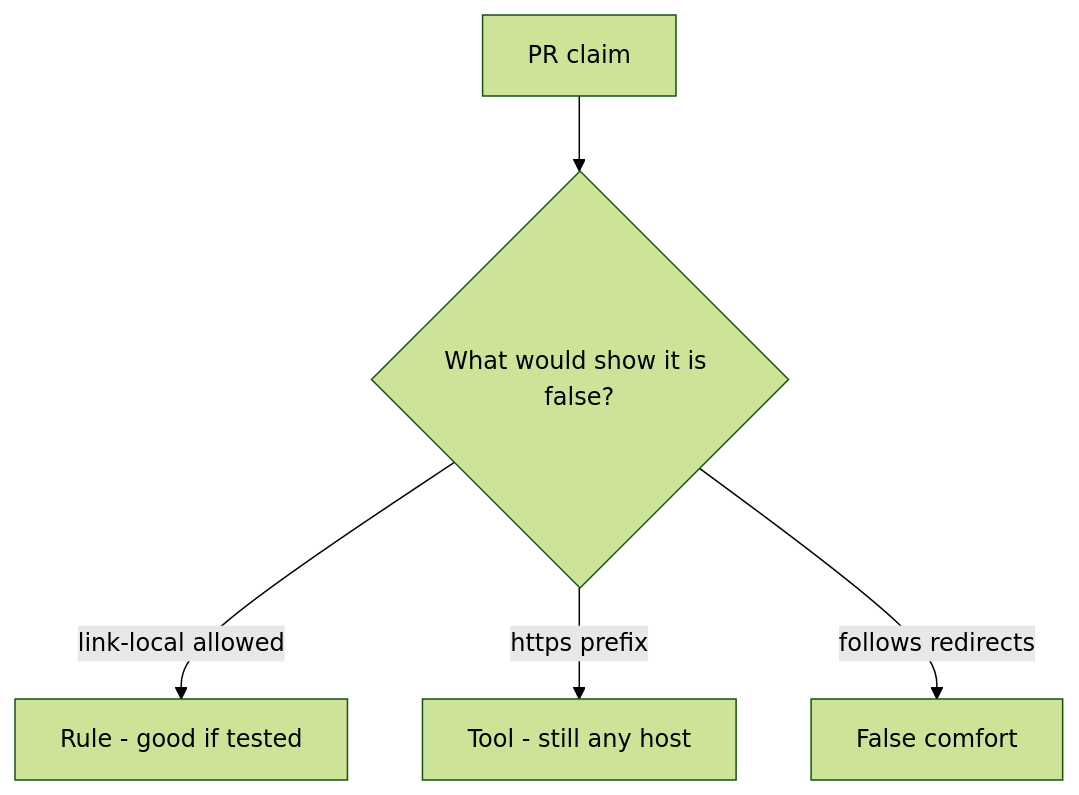
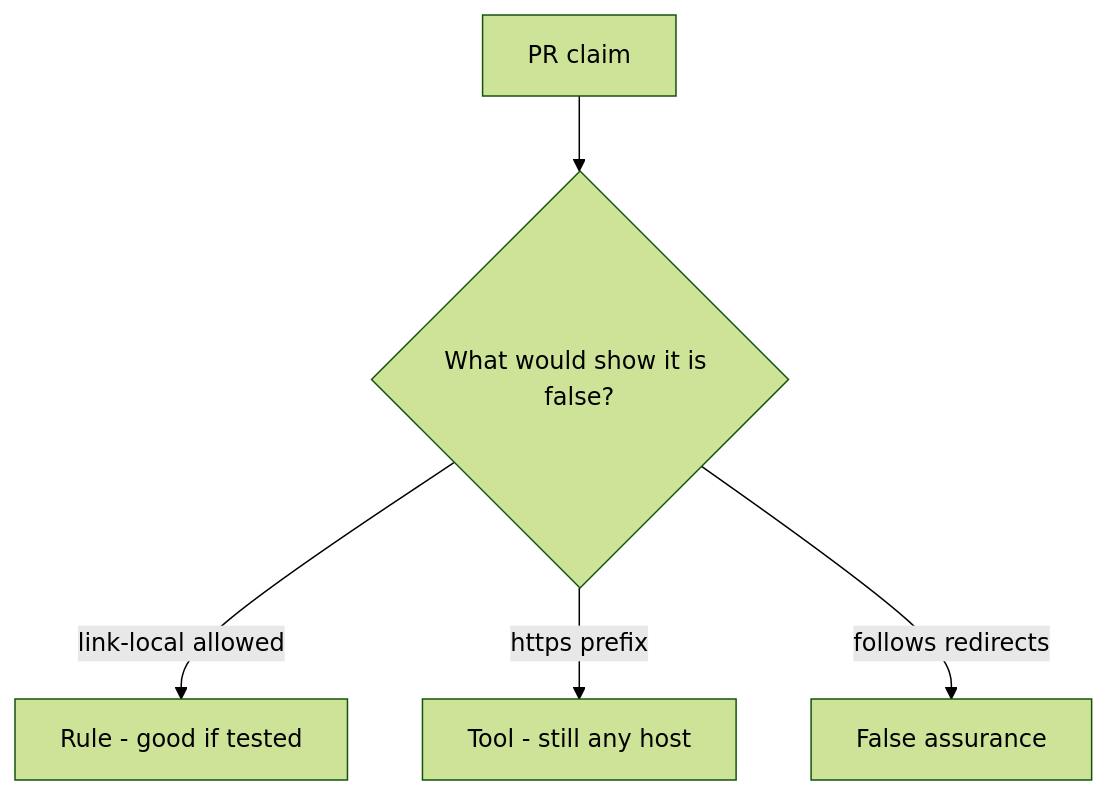
Before and after one commit to ishitvagoel/LearnSecurity: the diagram in content/modules/6/6.5/lessons/08-review.md, drawn with Mermaid (forest theme). The commit also changed other lines of this file and 240 other files, not shown here.

````diff
--- a/content/modules/6/6.5/lessons/08-review.md
+++ b/content/modules/6/6.5/lessons/08-review.md
@@ -18,7 +18,7 @@
 ```mermaid
 flowchart TD
   Claim[PR claim] --> Q{"What would show it is false?"}
   Q -->|"link-local allowed"| Property["Rule - good if tested"]
   Q -->|"https prefix"| Mechanism[Tool - still any host]
-  Q -->|"follows redirects"| False[False comfort]
+  Q -->|"follows redirects"| False[False assurance]
 ```
````
